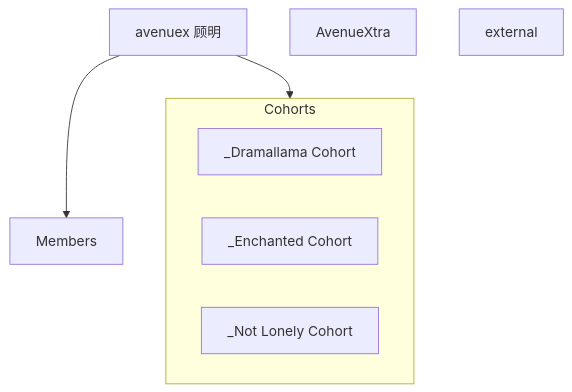
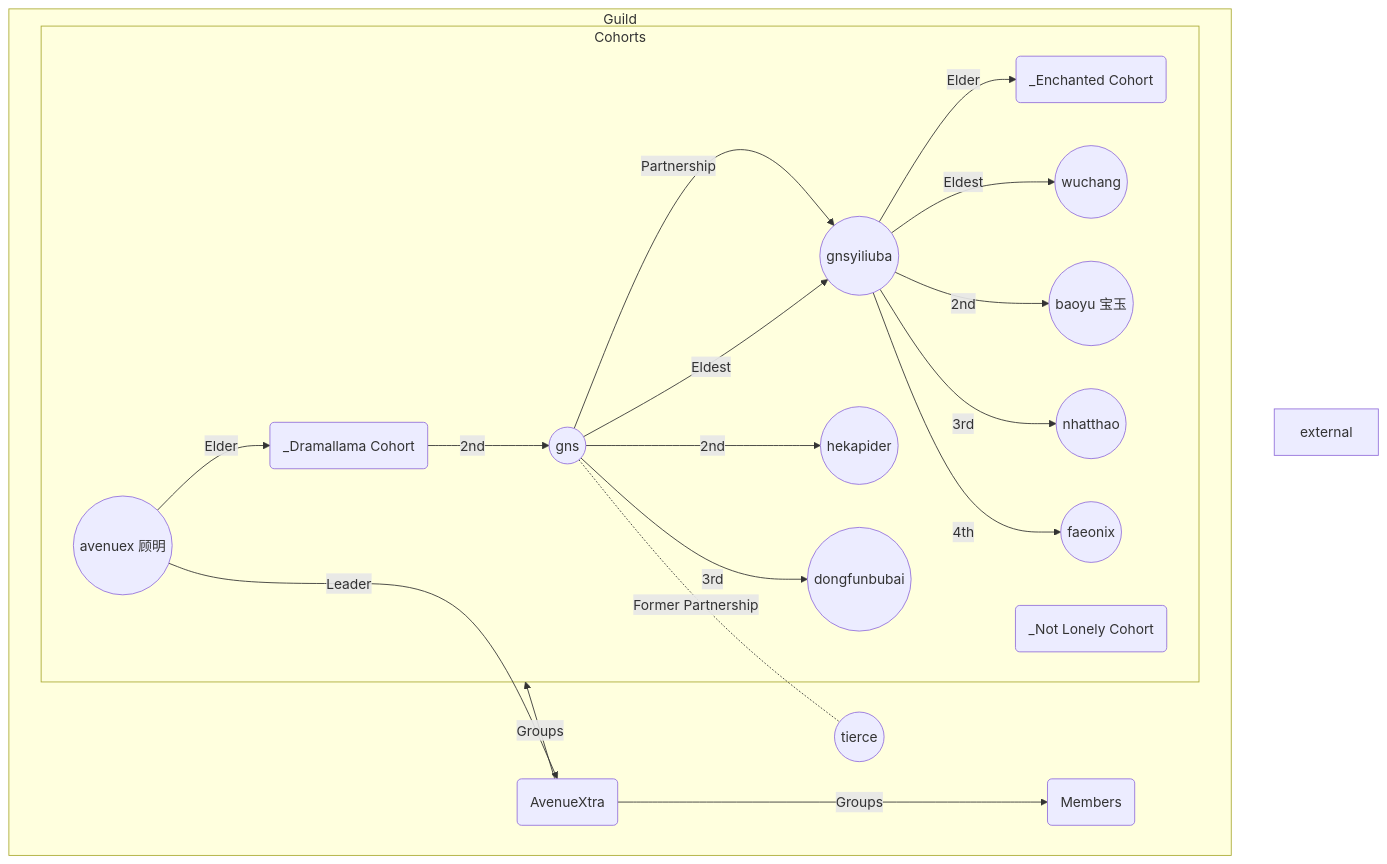
Before and after one commit to gns168/wwm168: the diagram in content/index.md, drawn with Mermaid.

Commit message:
Quartz sync: Jun 20, 2026, 12:50 PM

````diff
--- a/content/index.md
+++ b/content/index.md
@@ -23,20 +23,51 @@
 ```mermaid
 graph TB
 
-l[avenuex 顾明]
-g[AvenueXtra]
-c1[_Dramallama Cohort]
-c2[_Enchanted Cohort]
-c3[_Not Lonely Cohort]
-m[Members]
+%% Structure
+l((avenuex 顾明))
+g(AvenueXtra)
+c1(_Dramallama Cohort)
+c2(_Enchanted Cohort)
+c3(_Not Lonely Cohort)
+m(Members)
 e[external]
 
-subgraph Cohorts
-	c1
-	c2
-	c3
+%% Members
+
+m1((gnsyiliuba))
+m2((gns))
+m3((tierce))
+m4((wuchang))
+m5((baoyu 宝玉))
+m6((nhatthao))
+m7((faeonix))
+m8((hekapider))
+m9((dongfunbubai))
+
+%% Relationship
+
+l --> |Leader| g
+m2 --> |Partnership| m1
+m2 --> |Eldest| m1
+
+subgraph Guild
+	g ---> |Groups| Cohorts & m
+	m
+	subgraph Cohorts
+		l --> |Elder| c1
+			c1 --> |2nd| m2
+				m2 --> |2nd| m8
+				m2 --> |3rd| m9
+		m1 --> |Elder| c2
+			m1 --> |Eldest| m4
+			m1 --> |2nd| m5
+			m1 --> |3rd| m6
+			m1 --> |4th| m7
+		c3
+	end
+	m2 -.- |Former Partnership| m3
 end
-l --> m & Cohorts
 
-class l,c1,c2,c3,m,e internal-link
+class g,c1,c2,c3,m,e internal-link
+class l,m1,m2,m3,m4,m5,m6,m7,m8,m9 internal-link
 ```
````
